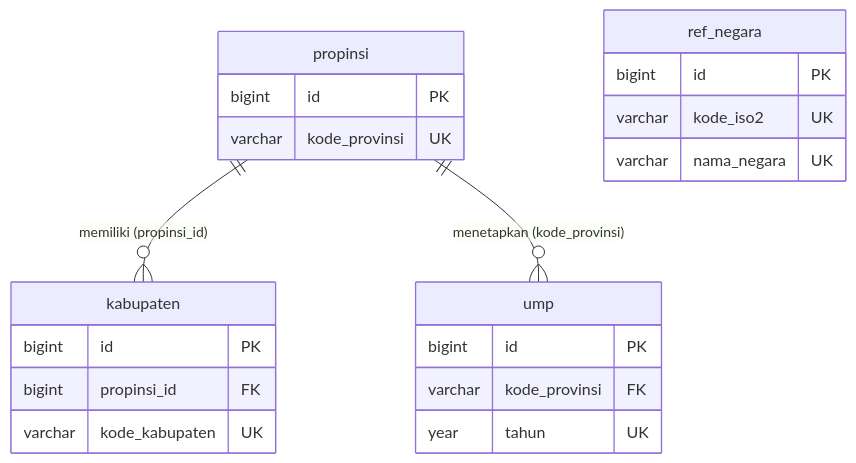
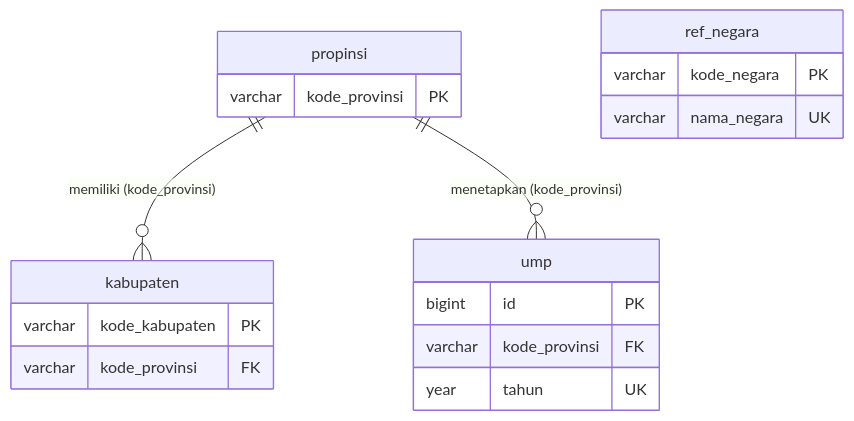
The third of 8 diagrams in ERD.md (claraanjelitakd/tugas-akhir), drawn with Mermaid before and after one commit. The commit also changed other lines of this file and 118 other files, not shown here.

Commit message:
chore: align canonical schema analytics and documentation

````diff
--- a/ERD.md
+++ b/ERD.md
@@ -127,28 +129,25 @@
 ```mermaid
 erDiagram
-    propinsi ||--o{ kabupaten : "memiliki (propinsi_id)"
+    propinsi ||--o{ kabupaten : "memiliki (kode_provinsi)"
     propinsi ||--o{ ump : "menetapkan (kode_provinsi)"
 
     propinsi {
-        bigint id PK
-        varchar kode_provinsi UK
+        varchar kode_provinsi PK
     }
 
     kabupaten {
-        bigint id PK
-        bigint propinsi_id FK
-        varchar kode_kabupaten UK
+        varchar kode_kabupaten PK
+        varchar kode_provinsi FK
     }
 
     ump {
         bigint id PK
         varchar kode_provinsi FK
         year tahun UK
     }
 
     ref_negara {
-        bigint id PK
-        varchar kode_iso2 UK
+        varchar kode_negara PK
         varchar nama_negara UK
     }
 ```
````
